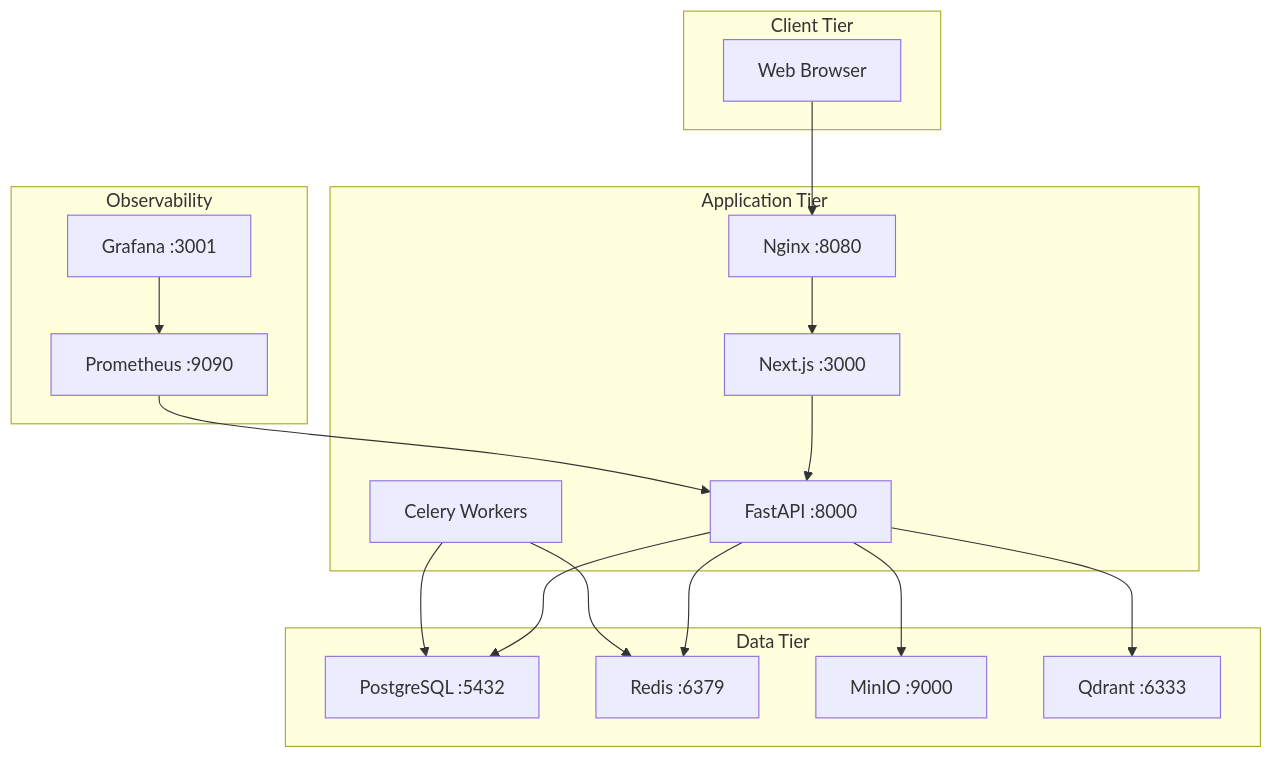
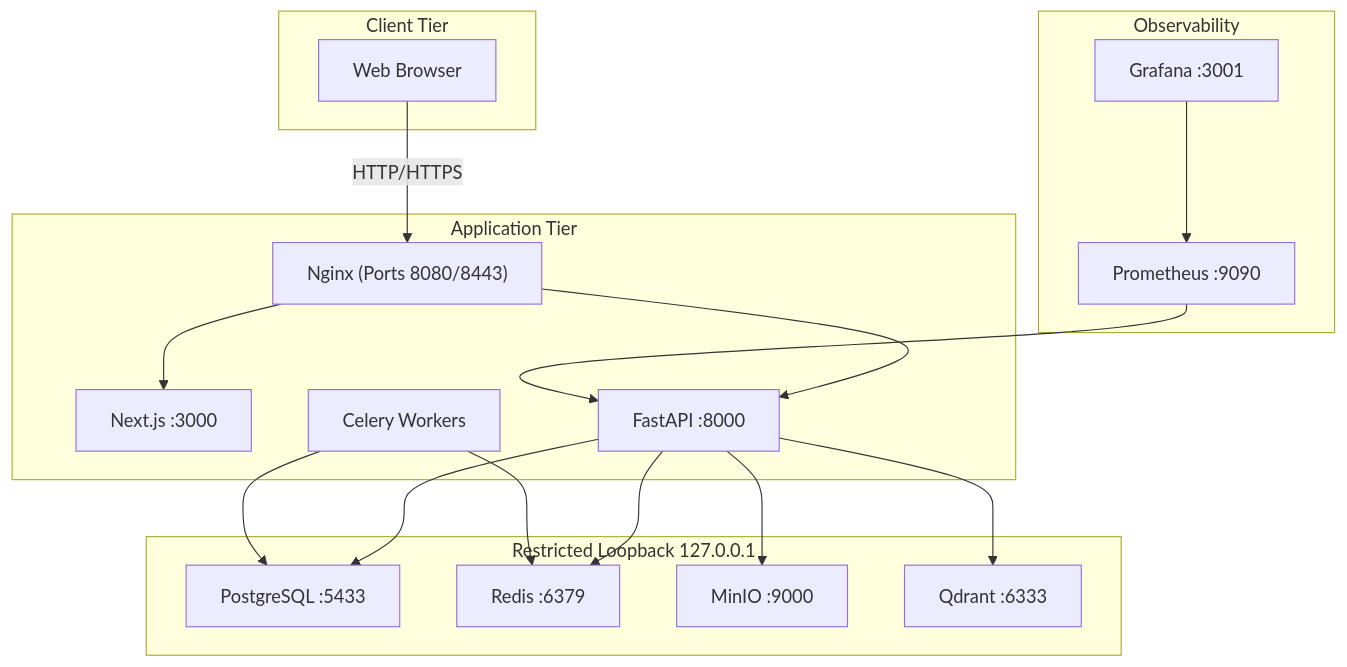
The diagram in documentation/Final_Security_Audit_Report.md (ayushsingh257/SentraDesk), drawn with Mermaid before and after one commit. The commit also changed other lines of this file and 19 other files, not shown here.

````diff
--- a/documentation/Final_Security_Audit_Report.md
+++ b/documentation/Final_Security_Audit_Report.md
@@ -123,35 +120,37 @@
 ```mermaid
 graph TB
     subgraph Client Tier
         Browser["Web Browser"]
     end
     
     subgraph Application Tier
-        Nginx["Nginx :8080"]
+        Nginx["Nginx (Ports 8080/8443)"]
         Frontend["Next.js :3000"]
         Backend["FastAPI :8000"]
         Celery["Celery Workers"]
     end
     
-    subgraph Data Tier
-        PG["PostgreSQL :5432"]
+    subgraph Restricted Loopback 127.0.0.1
+        PG["PostgreSQL :5433"]
         Redis["Redis :6379"]
         MinIO["MinIO :9000"]
         Qdrant["Qdrant :6333"]
     end
     
     subgraph Observability
         Prom["Prometheus :9090"]
         Graf["Grafana :3001"]
     end
 
-    Browser --> Nginx --> Frontend --> Backend
+    Browser -->|HTTP/HTTPS| Nginx
+    Nginx --> Frontend
+    Nginx --> Backend
     Backend --> PG
     Backend --> Redis
     Backend --> MinIO
     Backend --> Qdrant
     Celery --> PG
     Celery --> Redis
     Prom --> Backend
     Graf --> Prom
 ```
````
